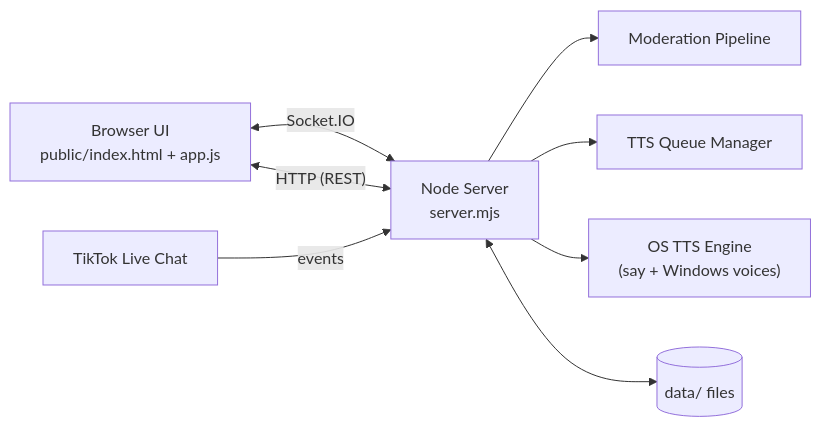
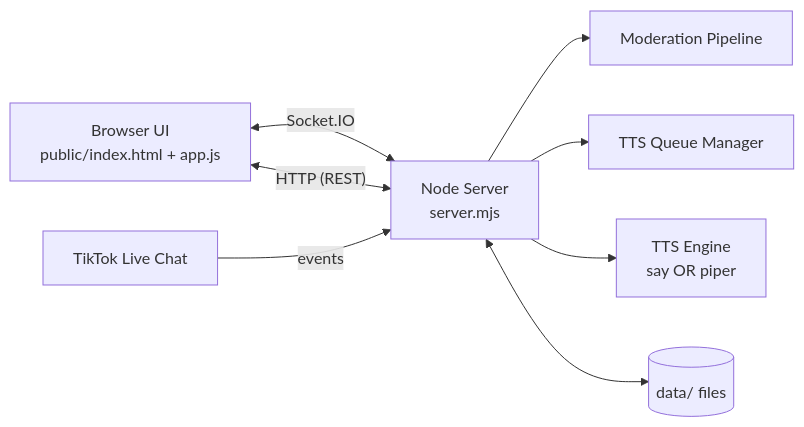
One commit to yorologo/TikTok_TTS_Control changed the first of 4 diagrams in README.md. Above: the diagram before and after it, drawn with Mermaid. The commit also changed other lines of this file and 4 other files, not shown here.

Commit message:
Add Piper TTS engine support and update settings management

````diff
--- a/README.md
+++ b/README.md
@@ -49,12 +51,12 @@
 ```mermaid
 flowchart LR
   UI[Browser UI<br/>public/index.html + app.js] <-- Socket.IO --> S[Node Server<br/>server.mjs]
   UI <-- HTTP (REST) --> S
 
   S --> M[Moderation Pipeline]
   S --> Q[TTS Queue Manager]
-  S --> TTS["OS TTS Engine<br/>(say + Windows voices)"]
+  S --> TTS["TTS Engine<br/>say OR piper"]
   S <--> FS[(data/ files)]
 
   TikTok[TikTok Live Chat] -->|events| S
 ```
````
